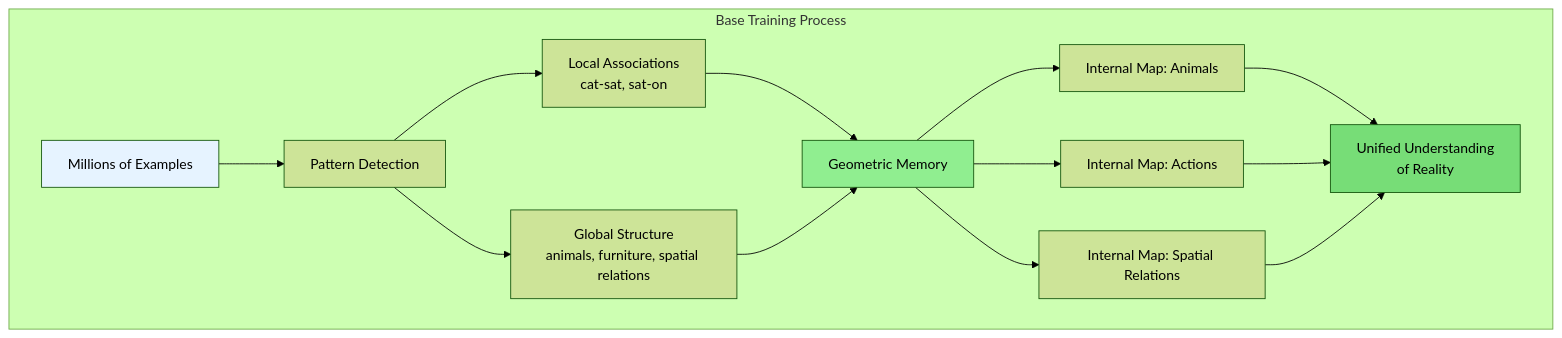
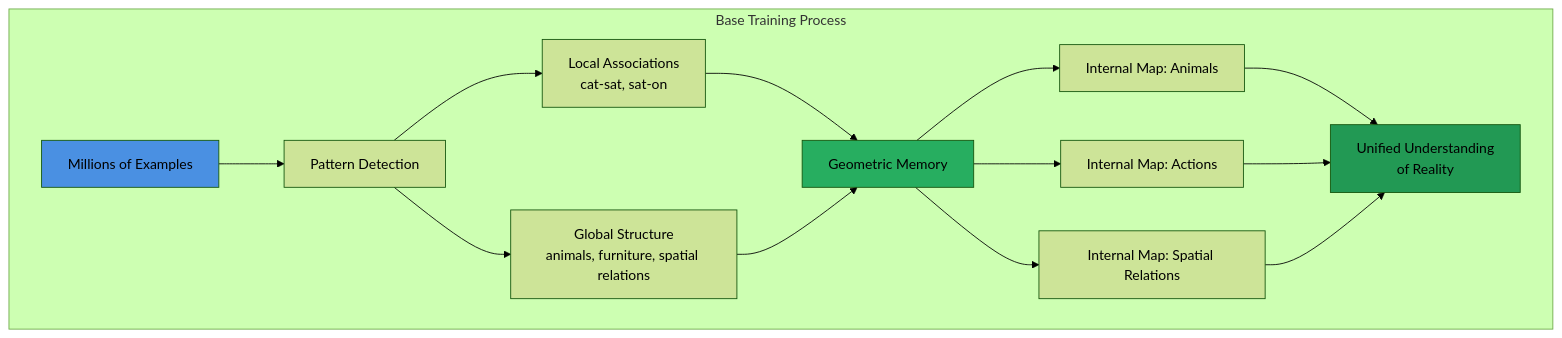
One commit to neonconsultingllc/AI-Research changed the ninth of 40 diagrams in 20251101-arxiv-2510-26745-analysis-and-implications.md. Above: the diagram before and after it, drawn with Mermaid (forest theme). The commit also changed other lines of this file, not shown here.

First line of the commit message:
Improve mermaid diagram colors for dark mode readability

````diff
--- a/20251101-arxiv-2510-26745-analysis-and-implications.md
+++ b/20251101-arxiv-2510-26745-analysis-and-implications.md
@@ -918,22 +918,22 @@
 ```mermaid
 graph TD
     subgraph Training["Base Training Process"]
         D1[Millions of Examples] --> P1[Pattern Detection]
         
         P1 --> G1[Local Associations<br/>cat-sat, sat-on]
         P1 --> G2[Global Structure<br/>animals, furniture, spatial relations]
         
         G1 --> GM[Geometric Memory]
         G2 --> GM
         
         GM --> M1[Internal Map: Animals]
         GM --> M2[Internal Map: Actions]
         GM --> M3[Internal Map: Spatial Relations]
         
         M1 & M2 & M3 --> U[Unified Understanding<br/>of Reality]
         
-        style D1 fill:#E6F3FF
-        style GM fill:#90EE90
-        style U fill:#77DD77
+        style D1 fill:#4A90E2
+        style GM fill:#27AE60
+        style U fill:#229954
     end
 ```
````
